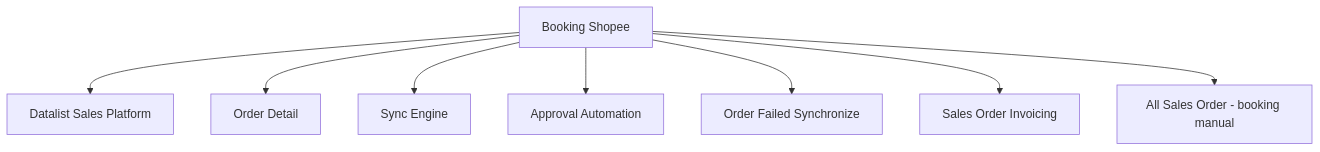
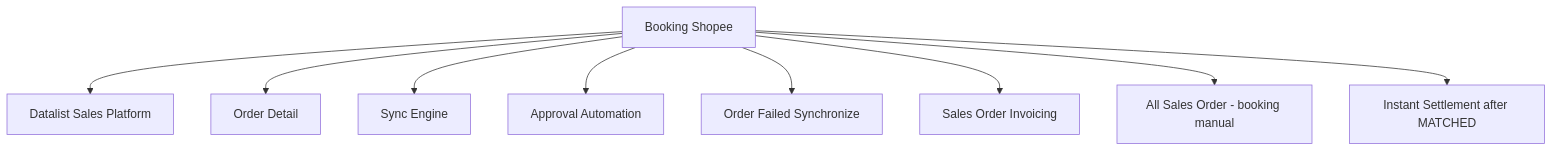
Before and after one commit to yendyr/olshoperp-docs: the third of 3 diagrams in qa-docs/_meta/sot/omni-sales-platform-booking-source-of-truth.md, drawn with Mermaid. The commit also changed other lines of this file and 11 other files, not shown here.

````diff
--- a/qa-docs/_meta/sot/omni-sales-platform-booking-source-of-truth.md
+++ b/qa-docs/_meta/sot/omni-sales-platform-booking-source-of-truth.md
@@ -121,11 +137,12 @@
 ```mermaid
 flowchart TB
     BOK[Booking Shopee]
     BOK --> LIST[Datalist Sales Platform]
     BOK --> DET[Order Detail]
     BOK --> SYN[Sync Engine]
     BOK --> APR[Approval Automation]
     BOK --> FSYNC[Order Failed Synchronize]
     BOK --> INV[Sales Order Invoicing]
     BOK --> ASO[All Sales Order - booking manual]
+    BOK --> IS[Instant Settlement after MATCHED]
 ```
````
